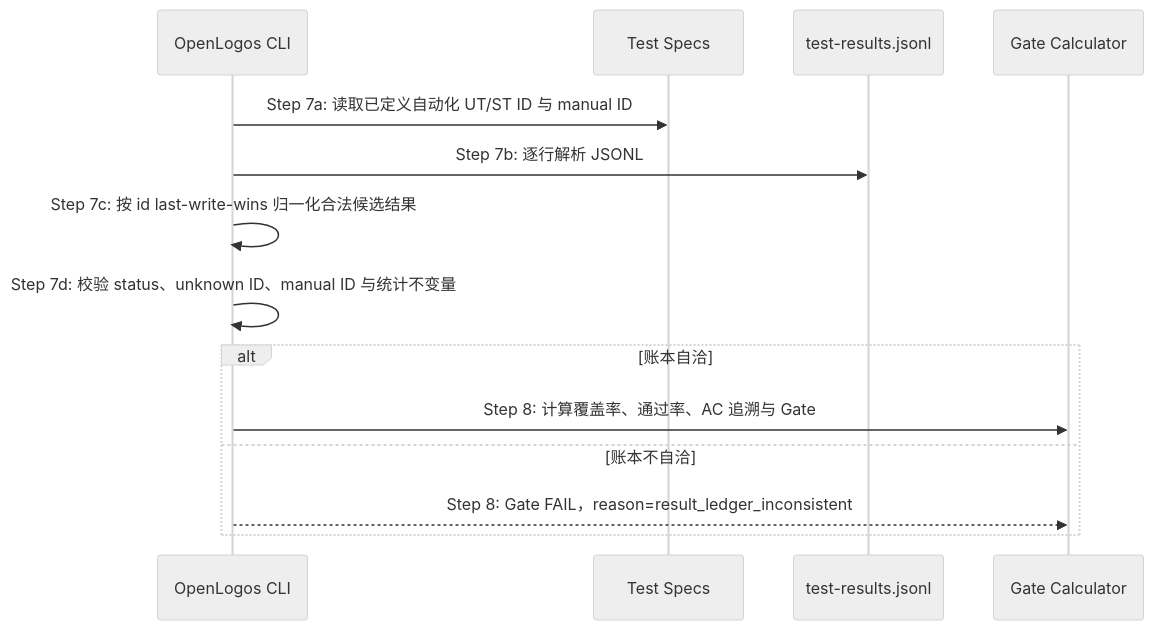
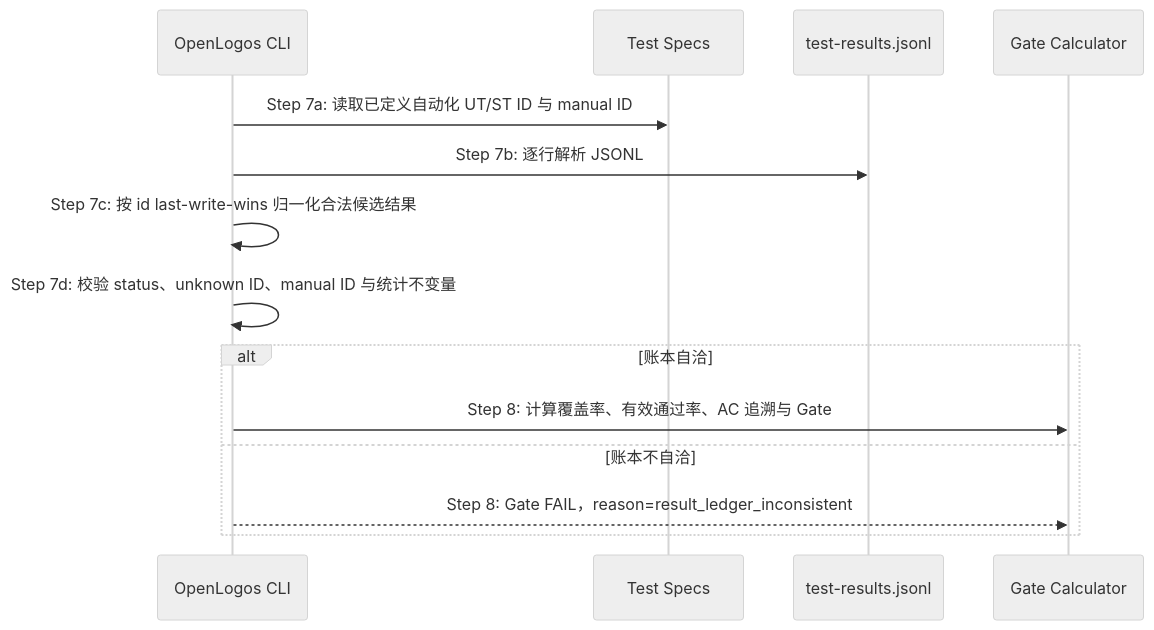
Before and after one commit to miniidealab/openlogos: the second of 4 diagrams in logos/resources/prd/3-technical-plan/2-scenario-implementation/core-S13-verify-results.md, drawn with Mermaid (neutral theme). The commit also changed other lines of this file and 9 other files, not shown here.

````diff
--- a/logos/resources/prd/3-technical-plan/2-scenario-implementation/core-S13-verify-results.md
+++ b/logos/resources/prd/3-technical-plan/2-scenario-implementation/core-S13-verify-results.md
@@ -80,17 +80,17 @@
 ```mermaid
 sequenceDiagram
     participant C as OpenLogos CLI
     participant S as Test Specs
     participant R as test-results.jsonl
     participant G as Gate Calculator
 
     C->>S: Step 7a: 读取已定义自动化 UT/ST ID 与 manual ID
     C->>R: Step 7b: 逐行解析 JSONL
     C->>C: Step 7c: 按 id last-write-wins 归一化合法候选结果
     C->>C: Step 7d: 校验 status、unknown ID、manual ID 与统计不变量
     alt 账本自洽
-        C->>G: Step 8: 计算覆盖率、通过率、AC 追溯与 Gate
+        C->>G: Step 8: 计算覆盖率、有效通过率、AC 追溯与 Gate
     else 账本不自洽
         C-->>G: Step 8: Gate FAIL，reason=result_ledger_inconsistent
     end
 ```
````
